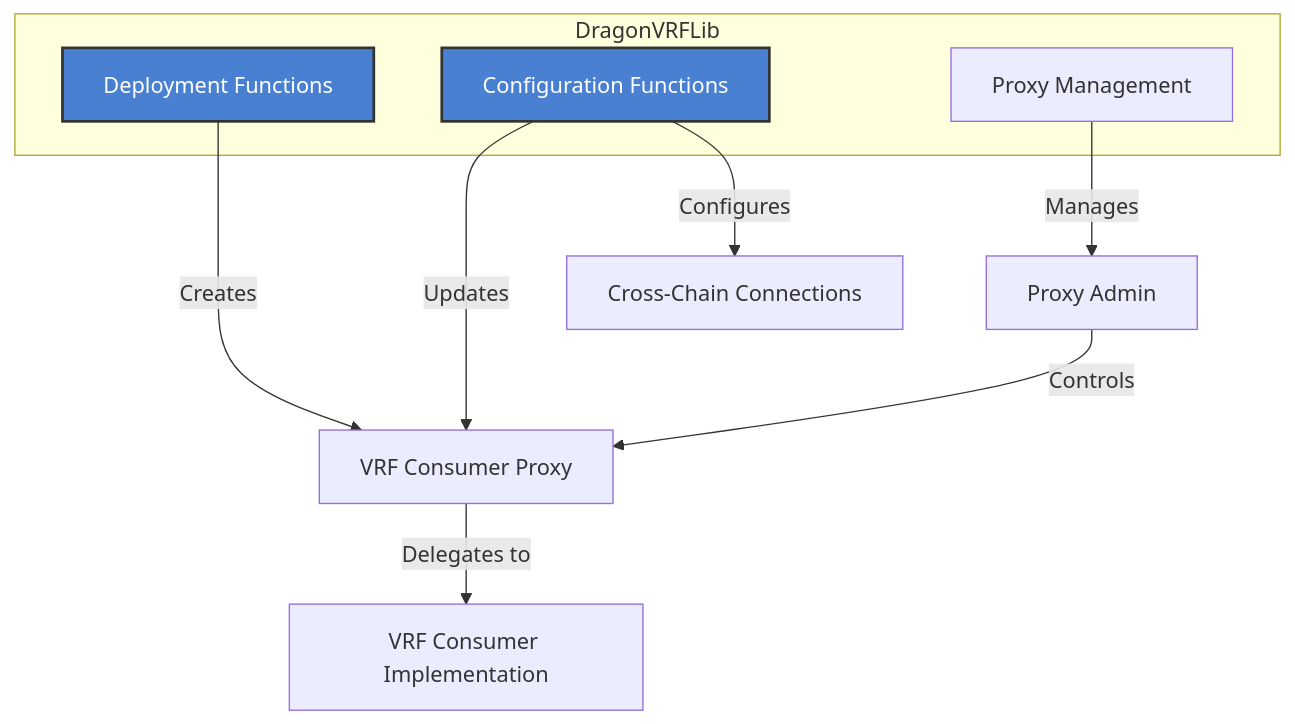
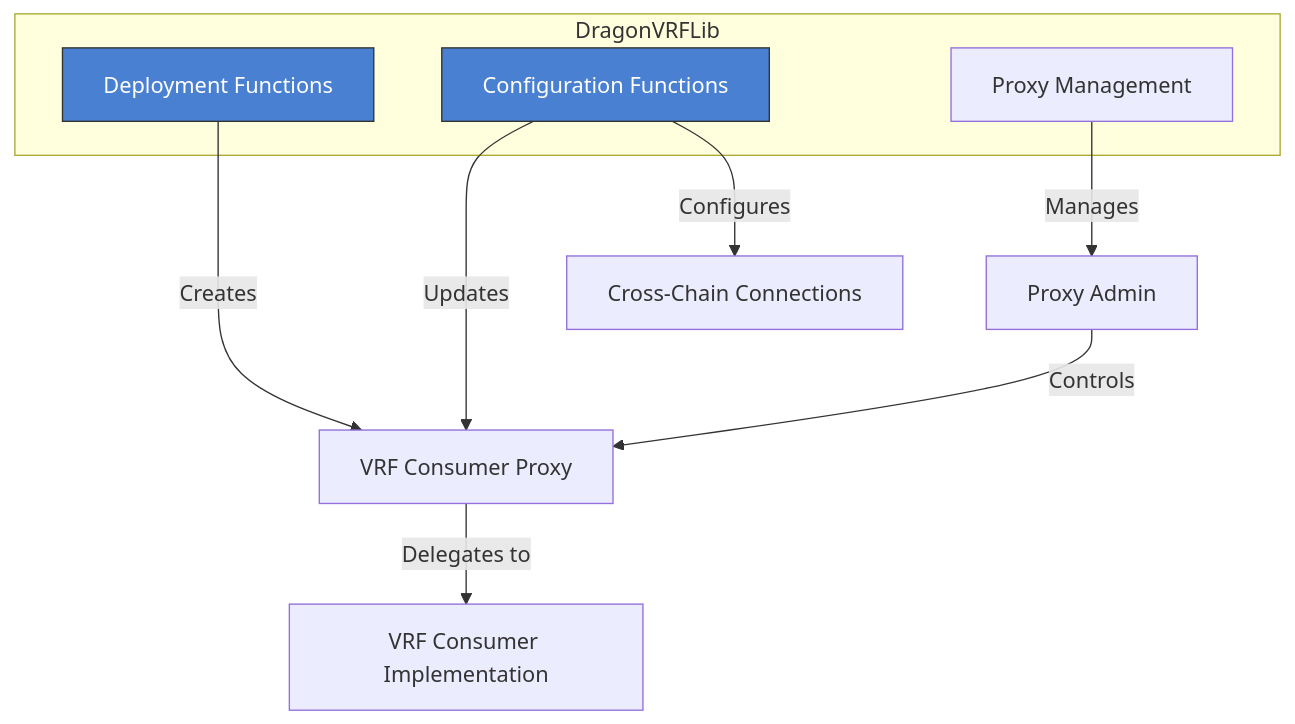
Before and after one commit to wenakita/sonicreddragon-docs: the first of 2 diagrams in docs/contracts/oracles/vrf-lib.md, drawn with Mermaid. The commit also changed 28 other files, not shown here.

````diff
--- a/docs/contracts/oracles/vrf-lib.md
+++ b/docs/contracts/oracles/vrf-lib.md
@@ -13,20 +13,20 @@
 ```mermaid
 flowchart TD
     subgraph "DragonVRFLib"
         Deploy["Deployment Functions"]
         Config["Configuration Functions"]
         Proxy["Proxy Management"]
     end
     
     Deploy -->|"Creates"| VRFConsumerProxy["VRF Consumer Proxy"]
     VRFConsumerProxy -->|"Delegates to"| VRFConsumerImpl["VRF Consumer Implementation"]
     
     Config -->|"Updates"| VRFConsumerProxy
     Config -->|"Configures"| Connections["Cross-Chain Connections"]
     
     Proxy -->|"Manages"| ProxyAdmin["Proxy Admin"]
     ProxyAdmin -->|"Controls"| VRFConsumerProxy
     
-    classDef highlight fill:#4a80d1,stroke:#333,stroke-width:2px,color:white;
+    classDef highlight fill:#4a80d1,stroke:#333,color:white;
     class Deploy,Config highlight
 ```
````
